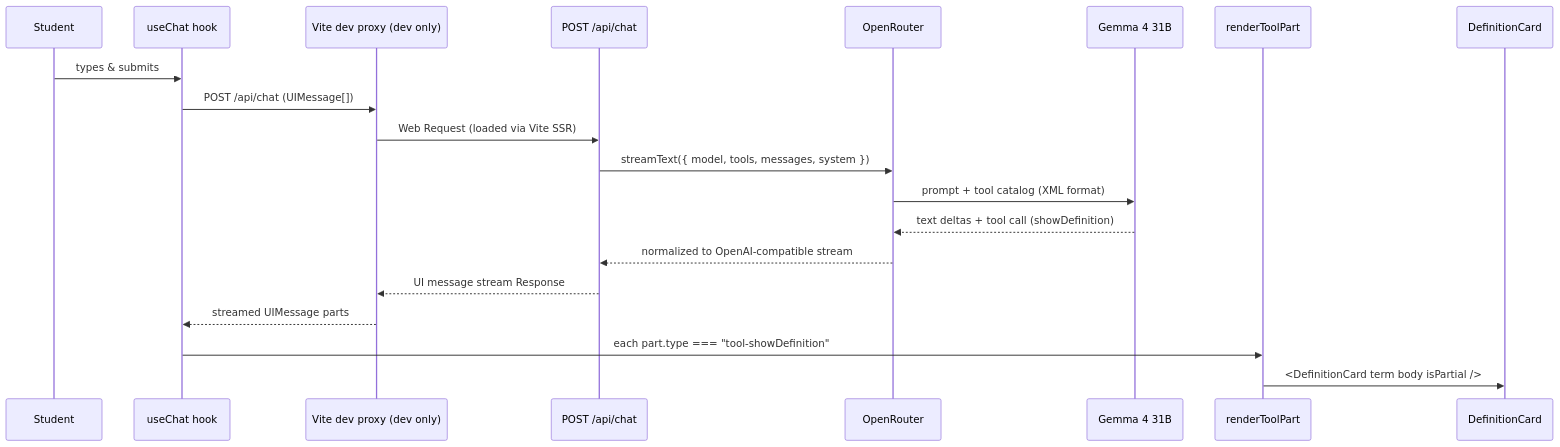
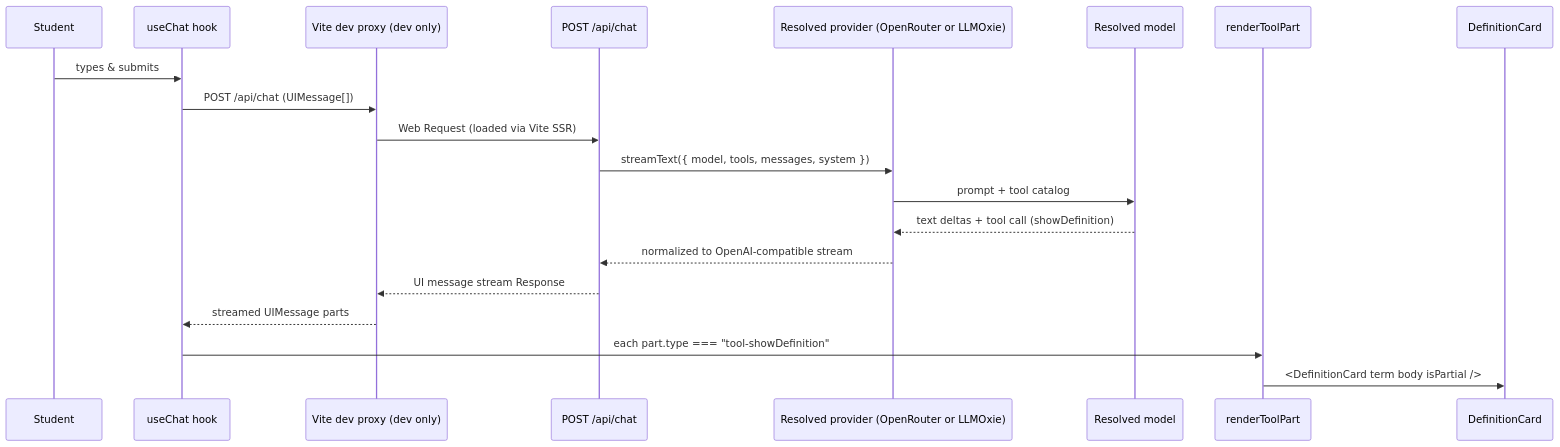
The diagram in docs/architecture/generative-ui.md (uw-ssec/llteacher), drawn with Mermaid before and after one commit. The commit also changed other lines of this file and 5 other files, not shown here.

First line of the commit message:
docs(chat): #353 comments and architecture docs contradict the shipped code

````diff
--- a/docs/architecture/generative-ui.md
+++ b/docs/architecture/generative-ui.md
@@ -21,23 +26,23 @@
 ```mermaid
 sequenceDiagram
     participant Student
     participant useChat as useChat hook
     participant Proxy as Vite dev proxy (dev only)
     participant Chat as POST /api/chat
-    participant OR as OpenRouter
-    participant Gemma as Gemma 4 31B
+    participant Provider as Resolved provider (OpenRouter or LLMOxie)
+    participant Model as Resolved model
     participant Render as renderToolPart
     participant Card as DefinitionCard
 
     Student->>useChat: types & submits
     useChat->>Proxy: POST /api/chat (UIMessage[])
     Proxy->>Chat: Web Request (loaded via Vite SSR)
-    Chat->>OR: streamText({ model, tools, messages, system })
-    OR->>Gemma: prompt + tool catalog (XML format)
-    Gemma-->>OR: text deltas + tool call (showDefinition)
-    OR-->>Chat: normalized to OpenAI-compatible stream
+    Chat->>Provider: streamText({ model, tools, messages, system })
+    Provider->>Model: prompt + tool catalog
+    Model-->>Provider: text deltas + tool call (showDefinition)
+    Provider-->>Chat: normalized to OpenAI-compatible stream
     Chat-->>Proxy: UI message stream Response
     Proxy-->>useChat: streamed UIMessage parts
     useChat->>Render: each part.type === "tool-showDefinition"
     Render->>Card: <DefinitionCard term body isPartial />
 ```
````
